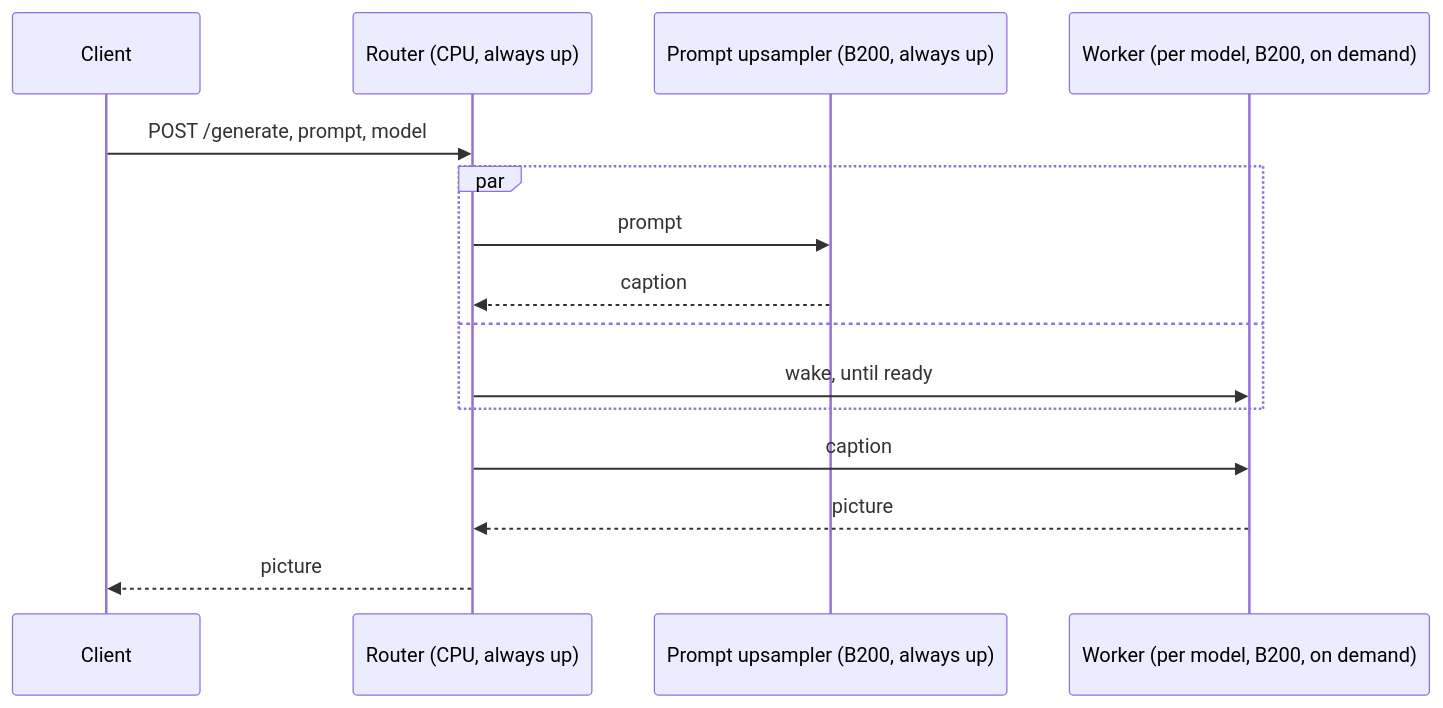
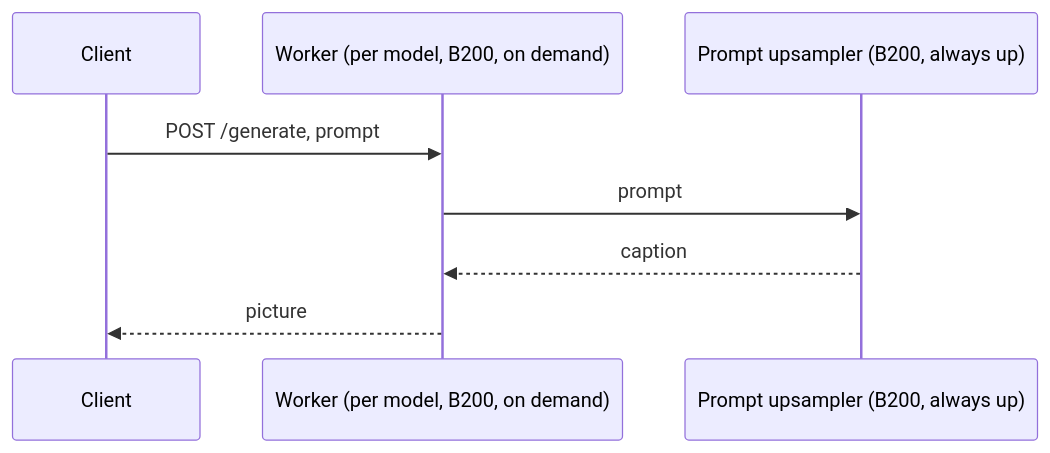
Before and after one commit to nicolaslara/flux-3-klein-shared-upsampler: the diagram in README.md, drawn with Mermaid. The commit also changed other lines of this file and 2 other files, not shown here.

First line of the commit message:
Bake the engine's kernel caches into the worker image, start it first, make the router optional

````diff
--- a/README.md
+++ b/README.md
@@ -13,17 +12,10 @@
 ```mermaid
 sequenceDiagram
     participant C as Client
-    participant R as Router (CPU, always up)
+    participant W as Worker (per model, B200, on demand)
     participant U as Prompt upsampler (B200, always up)
-    participant W as Worker (per model, B200, on demand)
-    C->>R: POST /generate, prompt, model
-    par
-        R->>U: prompt
-        U-->>R: caption
-    and
-        R->>W: wake, until ready
-    end
-    R->>W: caption
-    W-->>R: picture
-    R-->>C: picture
+    C->>W: POST /generate, prompt
+    W->>U: prompt
+    U-->>W: caption
+    W-->>C: picture
 ```
````
